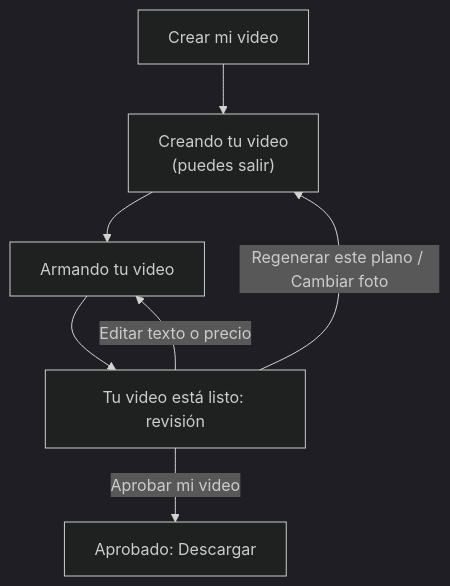
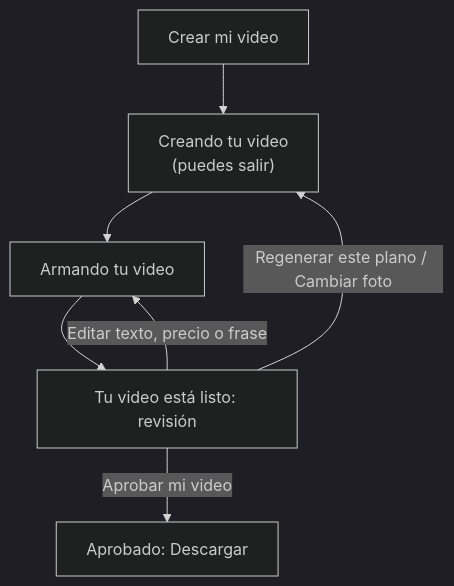
Before and after one commit to fabio2152/autoreel: the fourth of 4 diagrams in docs/manual-negocio.md, drawn with Mermaid (dark theme). The commit also changed other lines of this file and 58 other files, not shown here.

````diff
--- a/docs/manual-negocio.md
+++ b/docs/manual-negocio.md
@@ -714,9 +735,9 @@
 ```mermaid
 flowchart TD
     A["Crear mi video"] --> B["Creando tu video<br/>(puedes salir)"]
     B --> C["Armando tu video"]
     C --> D["Tu video está listo: revisión"]
     D -->|Regenerar este plano / Cambiar foto| B
-    D -->|Editar texto o precio| C
+    D -->|Editar texto, precio o frase| C
     D -->|Aprobar mi video| E["Aprobado: Descargar"]
 ```
````
